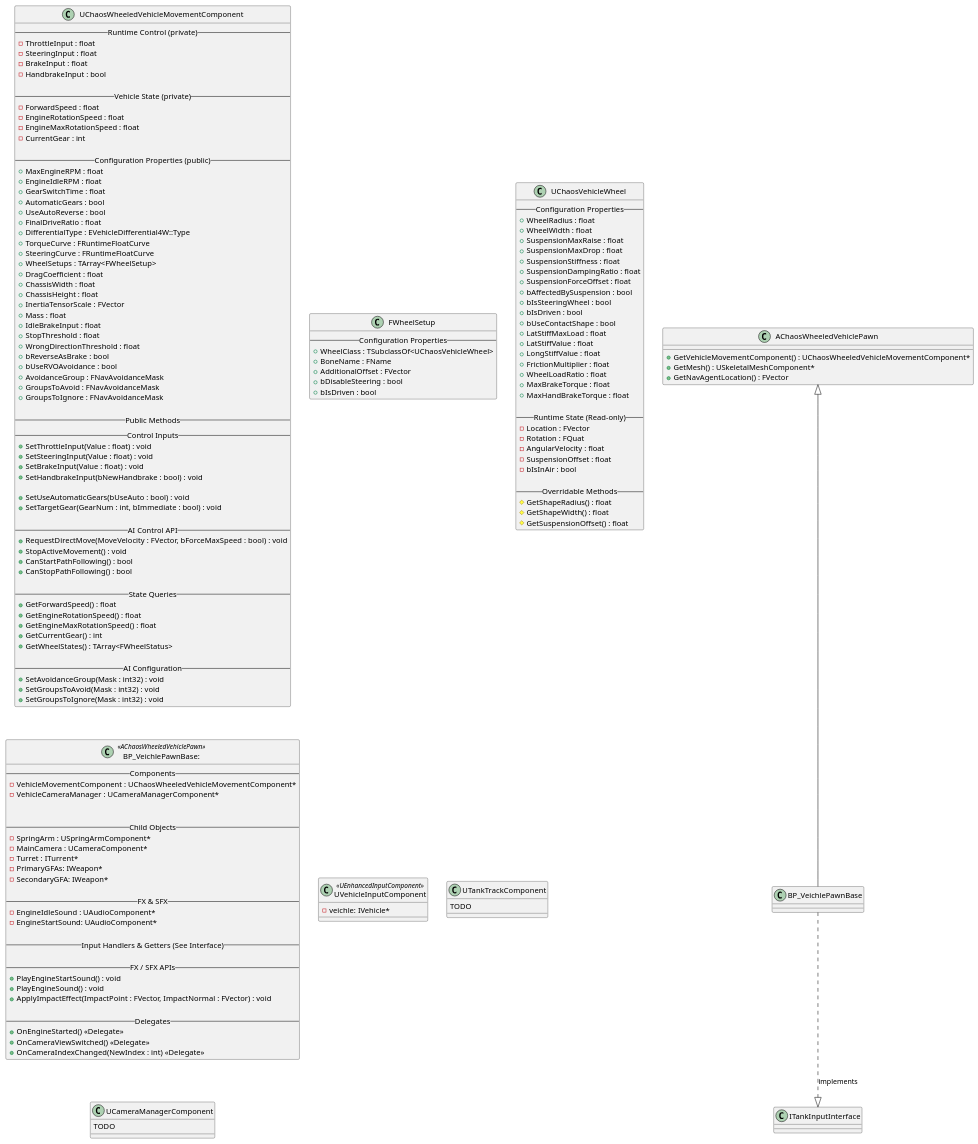
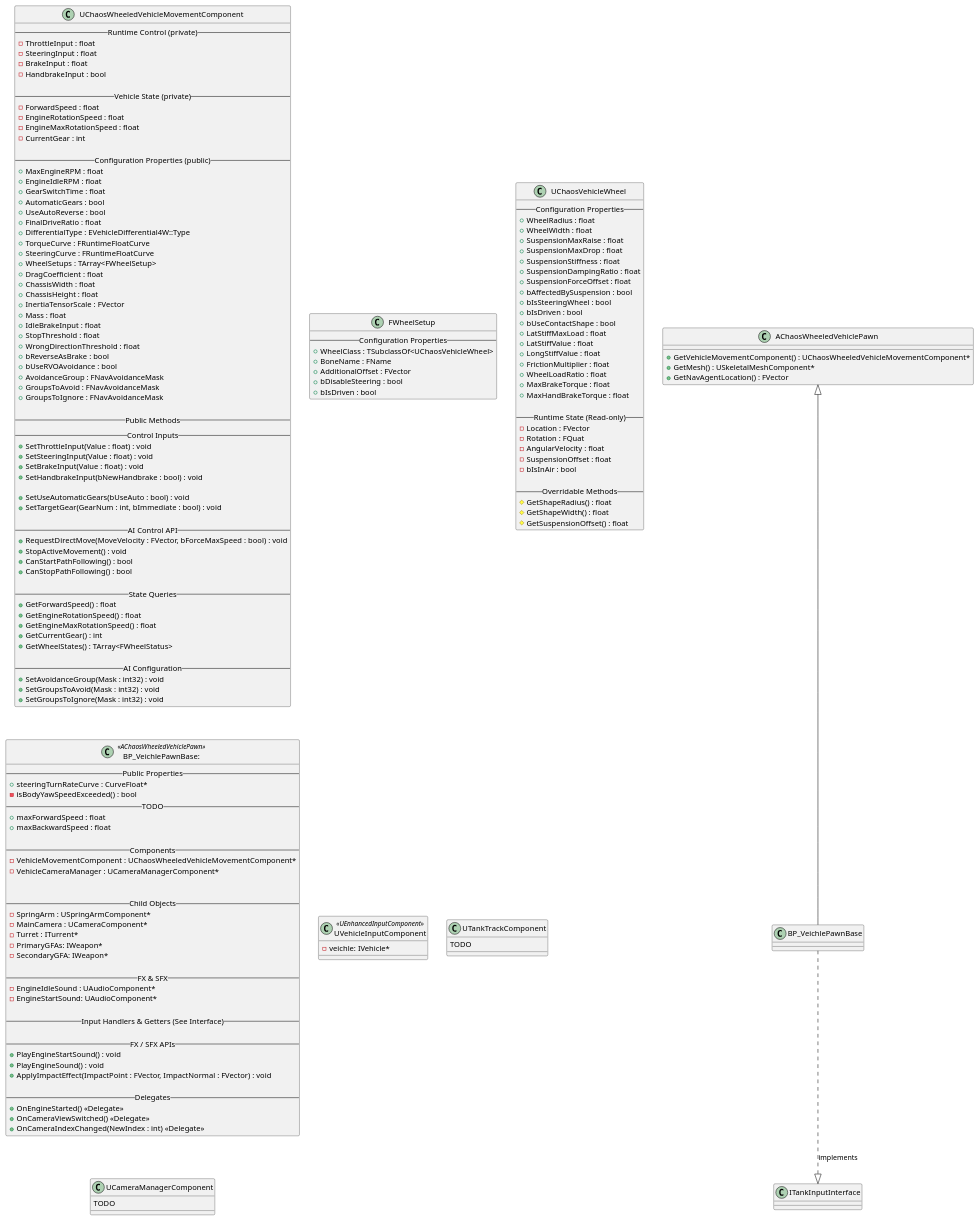
One commit to leemojiang/UEGameDesign changed the diagram in Game/Modules/Veichles/Veichles.puml. Above: the diagram before and after it, drawn with PlantUML. The commit also changed 7 other files, not shown here.

```diff
--- a/Game/Modules/Veichles/Veichles.puml
+++ b/Game/Modules/Veichles/Veichles.puml
@@ -1,190 +1,197 @@
 @startuml
 ' !include ../V0.2UISystem/interface.puml
 class AChaosWheeledVehiclePawn {
     +GetVehicleMovementComponent() : UChaosWheeledVehicleMovementComponent*
     +GetMesh() : USkeletalMeshComponent*
     + GetNavAgentLocation() : FVector
 }
 
 ' =============================
 ' 移动的配置类
 ' =============================
 
 class UChaosWheeledVehicleMovementComponent {
     -- Runtime Control (private) --
     - ThrottleInput : float
     - SteeringInput : float
     - BrakeInput : float
     - HandbrakeInput : bool
 
     -- Vehicle State (private) --
     - ForwardSpeed : float
     - EngineRotationSpeed : float
     - EngineMaxRotationSpeed : float
     - CurrentGear : int
 
     -- Configuration Properties (public) --
     + MaxEngineRPM : float
     + EngineIdleRPM : float
     + GearSwitchTime : float
     + AutomaticGears : bool
     + UseAutoReverse : bool
     + FinalDriveRatio : float
     + DifferentialType : EVehicleDifferential4W::Type
     + TorqueCurve : FRuntimeFloatCurve
     + SteeringCurve : FRuntimeFloatCurve
     + WheelSetups : TArray<FWheelSetup>
     + DragCoefficient : float
     + ChassisWidth : float
     + ChassisHeight : float
     + InertiaTensorScale : FVector
     + Mass : float
     + IdleBrakeInput : float
     + StopThreshold : float
     + WrongDirectionThreshold : float
     + bReverseAsBrake : bool
     + bUseRVOAvoidance : bool
     + AvoidanceGroup : FNavAvoidanceMask
     + GroupsToAvoid : FNavAvoidanceMask
     + GroupsToIgnore : FNavAvoidanceMask
 
     -- Public Methods --
     -- Control Inputs --
     + SetThrottleInput(Value : float) : void
     + SetSteeringInput(Value : float) : void
     + SetBrakeInput(Value : float) : void
     + SetHandbrakeInput(bNewHandbrake : bool) : void
 
     + SetUseAutomaticGears(bUseAuto : bool) : void
     + SetTargetGear(GearNum : int, bImmediate : bool) : void
     
     -- AI Control API --
     + RequestDirectMove(MoveVelocity : FVector, bForceMaxSpeed : bool) : void
     + StopActiveMovement() : void
     + CanStartPathFollowing() : bool
     + CanStopPathFollowing() : bool
 
     -- State Queries --
     + GetForwardSpeed() : float
     + GetEngineRotationSpeed() : float
     + GetEngineMaxRotationSpeed() : float
     + GetCurrentGear() : int
     + GetWheelStates() : TArray<FWheelStatus>
 
     -- AI Configuration --
     + SetAvoidanceGroup(Mask : int32) : void
     + SetGroupsToAvoid(Mask : int32) : void
     + SetGroupsToIgnore(Mask : int32) : void
 }
 
 ' =============================
 ' 轮子的配置类 还需要传入一个行为类 UChaosVehicleWheel 来规定轮子的运行效果 比如是否接地 旋转等
 ' =============================
 class FWheelSetup {
     -- Configuration Properties --
     + WheelClass : TSubclassOf<UChaosVehicleWheel>
     + BoneName : FName
     + AdditionalOffset : FVector
     + bDisableSteering : bool
     + bIsDriven : bool
 }
 
 class UChaosVehicleWheel {
     -- Configuration Properties --
     + WheelRadius : float
     + WheelWidth : float
     + SuspensionMaxRaise : float
     + SuspensionMaxDrop : float
     + SuspensionStiffness : float
     + SuspensionDampingRatio : float
     + SuspensionForceOffset : float
     + bAffectedBySuspension : bool
     + bIsSteeringWheel : bool
     + bIsDriven : bool
     + bUseContactShape : bool
     + LatStiffMaxLoad : float
     + LatStiffValue : float
     + LongStiffValue : float
     + FrictionMultiplier : float
     + WheelLoadRatio : float
     + MaxBrakeTorque : float
     + MaxHandBrakeTorque : float
 
     -- Runtime State (Read-only) --
     - Location : FVector
     - Rotation : FQuat
     - AngularVelocity : float
     - SuspensionOffset : float
     - bIsInAir : bool
 
     -- Overridable Methods --
     # GetShapeRadius() : float
     # GetShapeWidth() : float
     # GetSuspensionOffset() : float
 }
 
 ' =============================
 ' 轮子的配置类 还需要传入一个行为类 UChaosVehicleWheel 来规定轮子的运行效果 比如是否接地 旋转等
 ' =============================
 class BP_VeichlePawnBase: <<AChaosWheeledVehiclePawn>>  {
+    -- Public Properties --
+    + steeringTurnRateCurve : CurveFloat*
+    - isBodyYawSpeedExceeded() : bool
+    -- TODO --
+    + maxForwardSpeed : float
+    + maxBackwardSpeed : float
+
     -- Components --
     - VehicleMovementComponent : UChaosWheeledVehicleMovementComponent*
     - VehicleCameraManager : UCameraManagerComponent*
 
     
     -- Child Objects --
     -SpringArm : USpringArmComponent*
     -MainCamera : UCameraComponent*
     -Turret : ITurrent*
     -PrimaryGFAs: IWeapon*
     -SecondaryGFA: IWeapon*
 
     -- FX & SFX --
     -EngineIdleSound : UAudioComponent*
     -EngineStartSound: UAudioComponent*
 
     -- Input Handlers & Getters (See Interface)--
 
     -- FX / SFX APIs --
     + PlayEngineStartSound() : void
     + PlayEngineSound() : void
     + ApplyImpactEffect(ImpactPoint : FVector, ImpactNormal : FVector) : void
 
     -- Delegates --
     + OnEngineStarted() <<Delegate>>
     + OnCameraViewSwitched() <<Delegate>>
     + OnCameraIndexChanged(NewIndex : int) <<Delegate>>
 }
 
 
 
 BP_VeichlePawnBase ..|> ITankInputInterface : implements
 AChaosWheeledVehiclePawn <|-- BP_VeichlePawnBase
 
 ' =============================
 ' 输入组件 绑定到Controller上面 或者Pawn上面
 ' 绑定 IMC(Input Mapping Context)
 ' 注册输入事件(MoveForward、TurnRight、Fire 等)
 ' 调用 ITankInputInterface 或直接控制 Pawn 的移动组件
 ' =============================
 class UVehicleInputComponent <<UEnhancedInputComponent >>{
     - veichle: IVehicle*
 }
 
 ' =============================
 ' 履带特效用组件实现 FXComponent
 ' =============================
 class UTankTrackComponent{
     TODO
 }
 
 ' =============================
 ' 相机控制 CameraManagementComponent
 ' =============================
 class UCameraManagerComponent{
     TODO
 }
 
 
 
 @enduml
```
